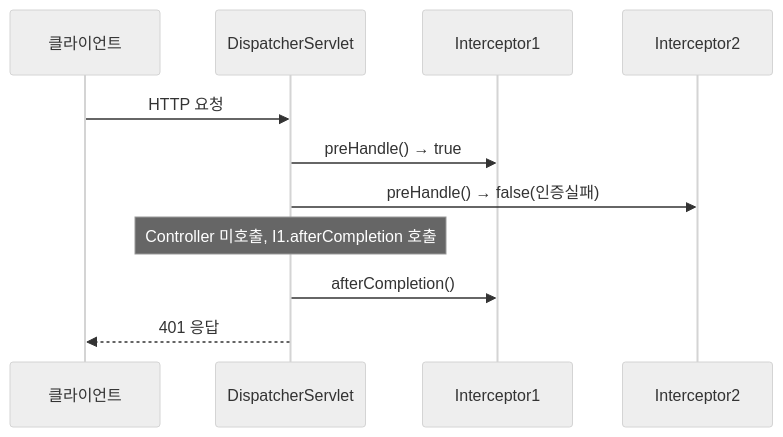
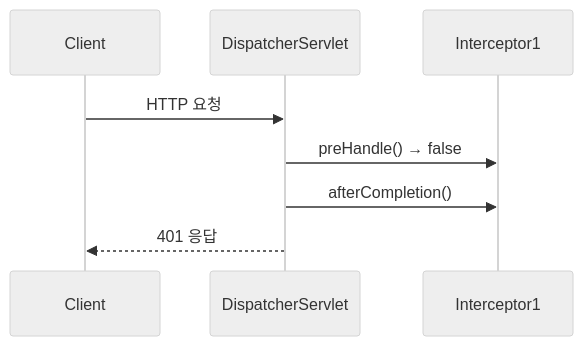
Before and after one commit to yjkim2015/yjkim2015.github.io: the fourth of 8 diagrams in _posts/spring/2026-05-02-spring-interceptor.md, drawn with Mermaid (neutral theme). The commit also changed other lines of this file and 155 other files, not shown here.

First line of the commit message:
Mermaid 전면 수정: subgraph 제거, participant/노드/줄수 축소 (342블록)

````diff
--- a/_posts/spring/2026-05-02-spring-interceptor.md
+++ b/_posts/spring/2026-05-02-spring-interceptor.md
@@ -343,13 +341,10 @@
 ```mermaid
 sequenceDiagram
-    participant C as 클라이언트
+    participant C as Client
     participant DS as DispatcherServlet
     participant I1 as Interceptor1
-    participant I2 as Interceptor2
     C->>DS: HTTP 요청
-    DS->>I1: preHandle() → true
-    DS->>I2: preHandle() → false(인증실패)
-    Note over DS: Controller 미호출, I1.afterCompletion 호출
+    DS->>I1: preHandle() → false
     DS->>I1: afterCompletion()
     DS-->>C: 401 응답
 ```
````
